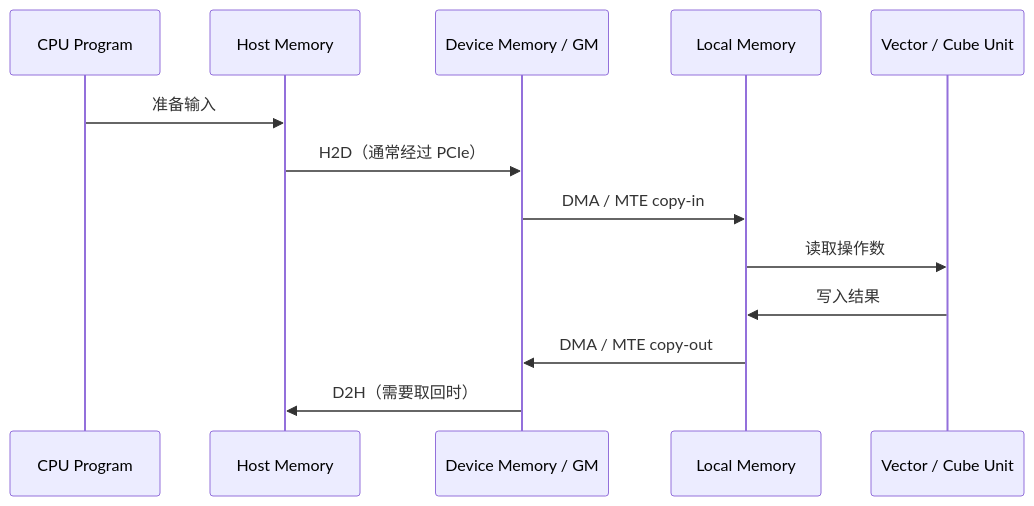
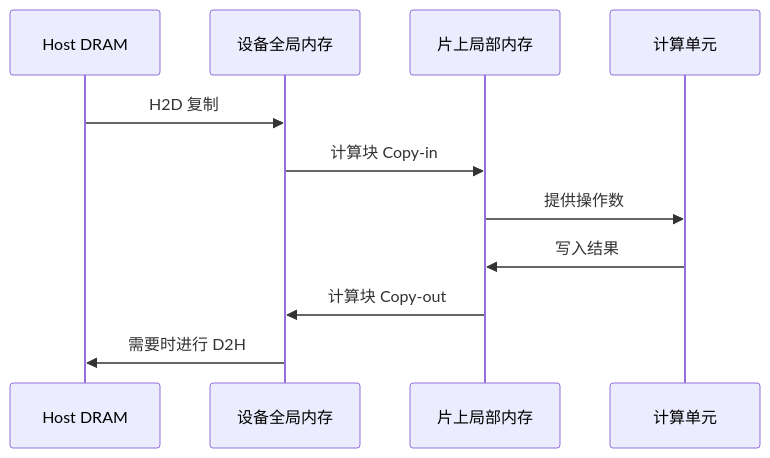
Before and after one commit to nbbb24/KeyNotes: the diagram in docs/zh/infra/data-movement.md, drawn with Mermaid. The commit also changed other lines of this file and 157 other files, not shown here.

````diff
--- a/docs/zh/infra/data-movement.md
+++ b/docs/zh/infra/data-movement.md
@@ -9,16 +5,13 @@
 ```mermaid
 sequenceDiagram
-    participant CPU as CPU Program
-    participant HM as Host Memory
-    participant DM as Device Memory / GM
-    participant LM as Local Memory
-    participant CU as Vector / Cube Unit
-
-    CPU->>HM: 准备输入
-    HM->>DM: H2D（通常经过 PCIe）
-    DM->>LM: DMA / MTE copy-in
-    LM->>CU: 读取操作数
-    CU->>LM: 写入结果
-    LM->>DM: DMA / MTE copy-out
-    DM->>HM: D2H（需要取回时）
+    participant H as Host DRAM
+    participant G as 设备全局内存
+    participant L as 片上局部内存
+    participant C as 计算单元
+    H->>G: H2D 复制
+    G->>L: 计算块 Copy-in
+    L->>C: 提供操作数
+    C->>L: 写入结果
+    L->>G: 计算块 Copy-out
+    G->>H: 需要时进行 D2H
 ```
````
